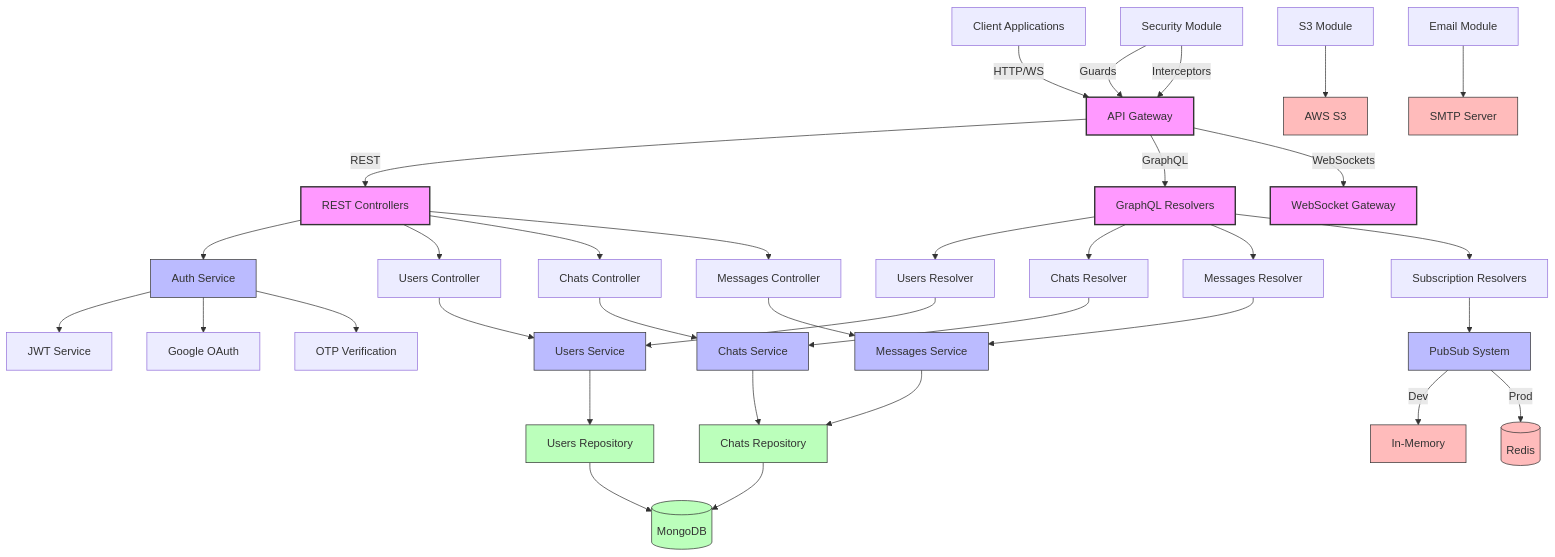
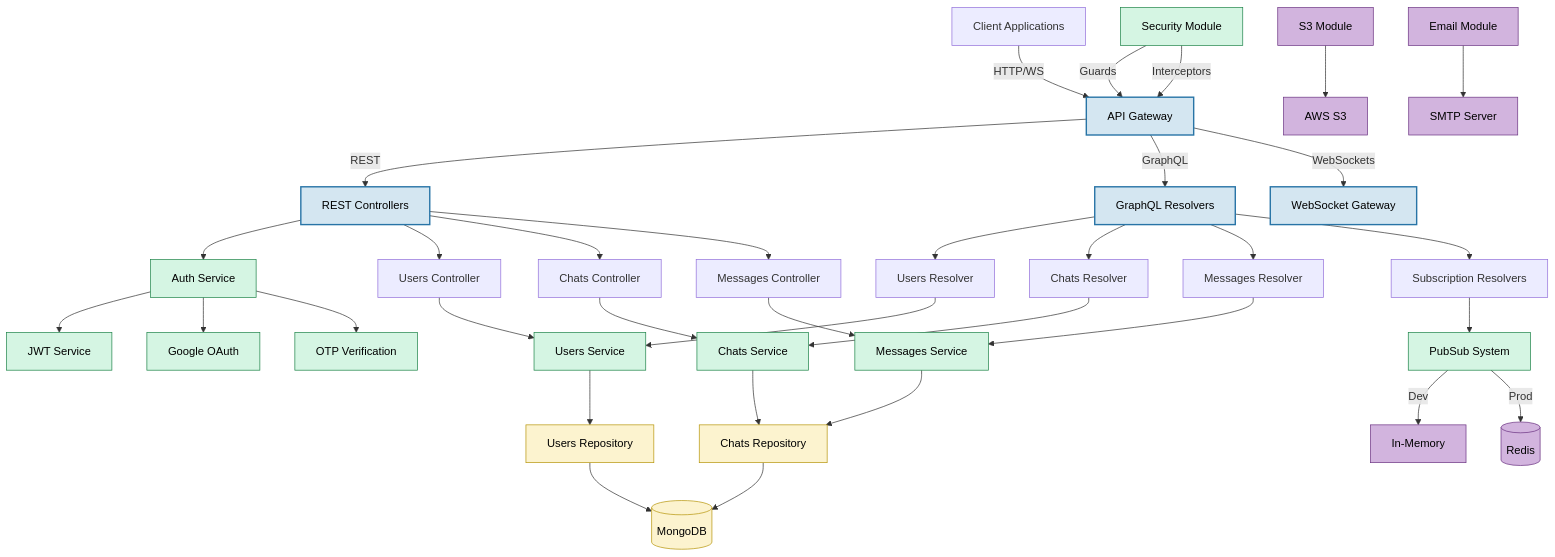
Before and after one commit to aniketdebnath/apollo-chat: the second of 2 diagrams in docs/backend/architecture.md, drawn with Mermaid. The commit also changed other lines of this file and 10 other files, not shown here.

Commit message:
inconsistency in diagrams fixed, updated with high contrast fill color suitable for github dark mode

````diff
--- a/docs/backend/architecture.md
+++ b/docs/backend/architecture.md
@@ -119,59 +119,59 @@
 ```mermaid
 graph TB
     Client[Client Applications] -->|HTTP/WS| API[API Gateway]
 
     API -->|REST| REST[REST Controllers]
     API -->|GraphQL| GQL[GraphQL Resolvers]
     API -->|WebSockets| WS[WebSocket Gateway]
 
     REST --> Auth[Auth Service]
     REST --> UserC[Users Controller]
     REST --> ChatC[Chats Controller]
     REST --> MsgC[Messages Controller]
 
     GQL --> UserR[Users Resolver]
     GQL --> ChatR[Chats Resolver]
     GQL --> MsgR[Messages Resolver]
     GQL --> SubR[Subscription Resolvers]
 
     UserC --> UserS[Users Service]
     UserR --> UserS
 
     ChatC --> ChatS[Chats Service]
     ChatR --> ChatS
 
     MsgC --> MsgS[Messages Service]
     MsgR --> MsgS
 
     SubR --> PS[PubSub System]
 
     UserS --> UR[Users Repository]
     ChatS --> CR[Chats Repository]
     MsgS --> CR
 
     UR --> DB[(MongoDB)]
     CR --> DB
 
     Auth --> JWT[JWT Service]
     Auth --> Google[Google OAuth]
     Auth --> OTP[OTP Verification]
 
     Security[Security Module] -->|Guards| API
     Security -->|Interceptors| API
 
     PS -->|Dev| Memory[In-Memory]
     PS -->|Prod| Redis[(Redis)]
 
     S3[S3 Module] --> AWS[AWS S3]
     Email[Email Module] --> SMTP[SMTP Server]
 
-    classDef apiLayer fill:#f9f,stroke:#333,stroke-width:2px;
-    classDef serviceLayer fill:#bbf,stroke:#333,stroke-width:1px;
-    classDef dataLayer fill:#bfb,stroke:#333,stroke-width:1px;
-    classDef externalLayer fill:#fbb,stroke:#333,stroke-width:1px;
+    classDef apiLayer fill:#D4E6F1,stroke:#2874A6,stroke-width:2px,color:#000;
+    classDef serviceLayer fill:#D5F5E3,stroke:#1E8449,stroke-width:1px,color:#000;
+    classDef dataLayer fill:#FCF3CF,stroke:#B7950B,stroke-width:1px,color:#000;
+    classDef externalLayer fill:#D2B4DE,stroke:#6C3483,stroke-width:1px,color:#000;
 
     class API,REST,GQL,WS apiLayer;
-    class Auth,UserS,ChatS,MsgS,PS serviceLayer;
+    class Auth,UserS,ChatS,MsgS,PS,JWT,Google,OTP,Security serviceLayer;
     class UR,CR,DB dataLayer;
-    class AWS,SMTP,Redis,Memory externalLayer;
+    class AWS,SMTP,Redis,Memory,S3,Email externalLayer;
 ```
````
